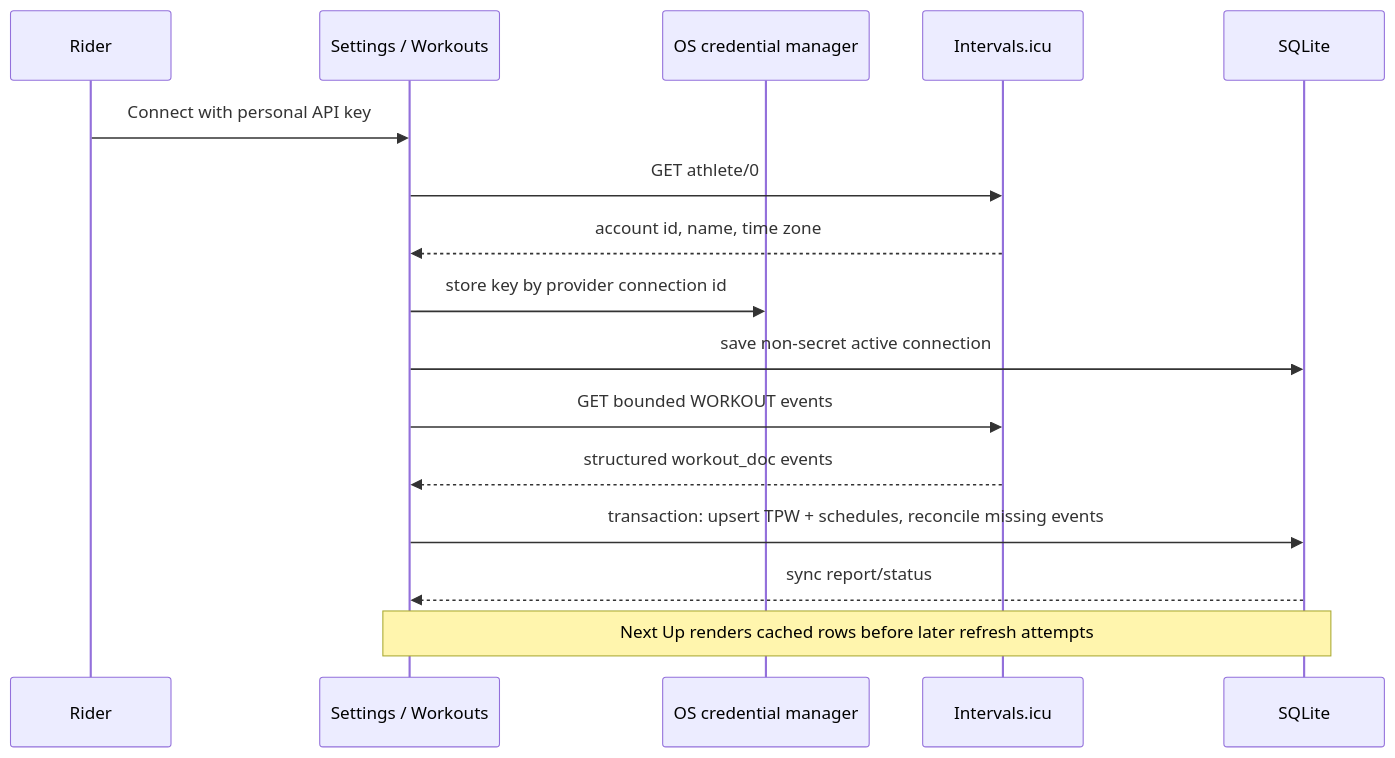
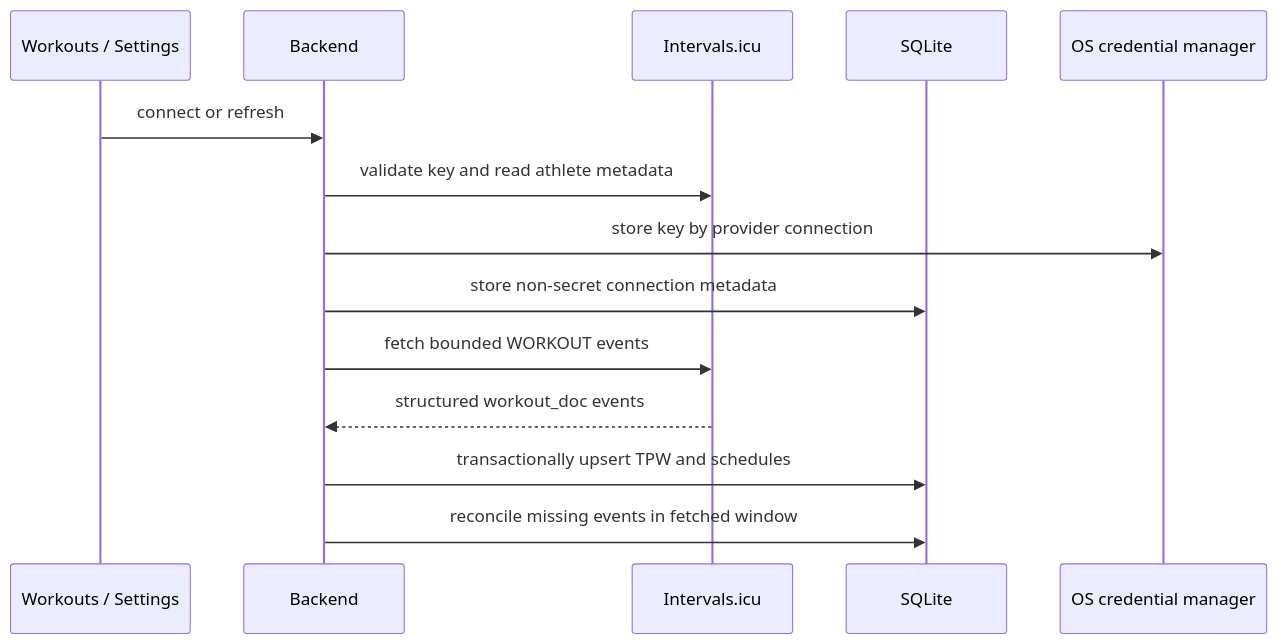
Before and after one commit to sergioclemente/TrainerPro: the second of 2 diagrams in docs/architecture.md, drawn with Mermaid. The commit also changed other lines of this file and 48 other files, not shown here.

````diff
--- a/docs/architecture.md
+++ b/docs/architecture.md
@@ -59,19 +115,17 @@
 ```mermaid
 sequenceDiagram
-    participant U as Rider
-    participant UI as Settings / Workouts
-    participant K as OS credential manager
-    participant I as Intervals.icu
-    participant D as SQLite
+    participant UI as Workouts / Settings
+    participant APP as Backend
+    participant API as Intervals.icu
+    participant DB as SQLite
+    participant Vault as OS credential manager
 
-    U->>UI: Connect with personal API key
-    UI->>I: GET athlete/0
-    I-->>UI: account id, name, time zone
-    UI->>K: store key by provider connection id
-    UI->>D: save non-secret active connection
-    UI->>I: GET bounded WORKOUT events
-    I-->>UI: structured workout_doc events
-    UI->>D: transaction: upsert TPW + schedules, reconcile missing events
-    D-->>UI: sync report/status
-    Note over UI,D: Next Up renders cached rows before later refresh attempts
+    UI->>APP: connect or refresh
+    APP->>API: validate key and read athlete metadata
+    APP->>Vault: store key by provider connection
+    APP->>DB: store non-secret connection metadata
+    APP->>API: fetch bounded WORKOUT events
+    API-->>APP: structured workout_doc events
+    APP->>DB: transactionally upsert TPW and schedules
+    APP->>DB: reconcile missing events in fetched window
 ```
````
